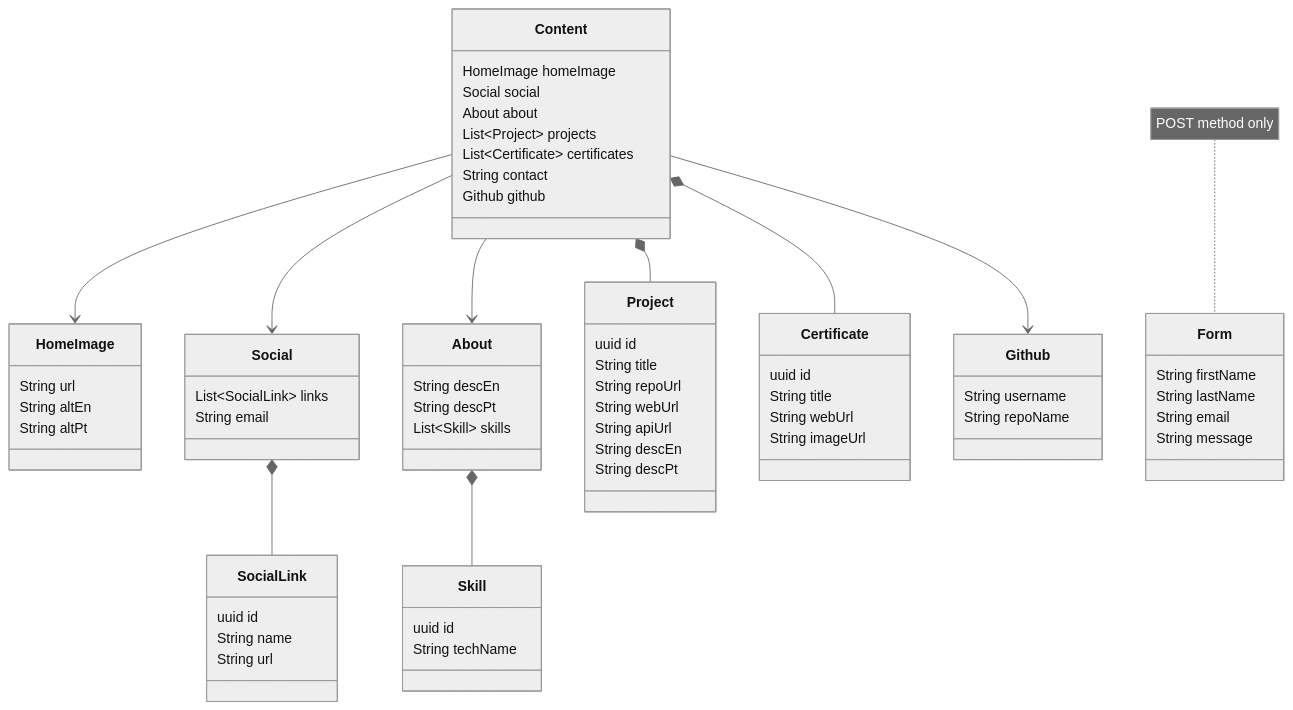
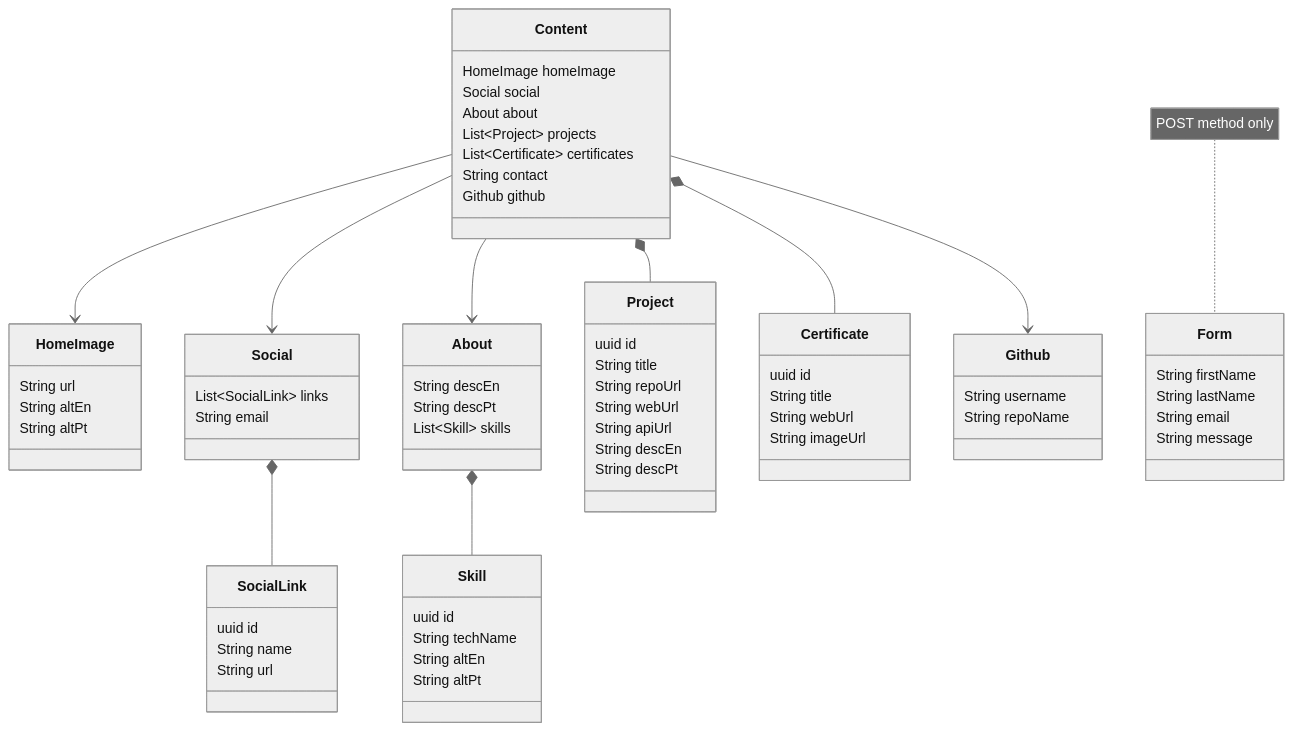
One commit to wesleybritovlk/portfolio changed the diagram in README.md. Above: the diagram before and after it, drawn with Mermaid (neutral theme). The commit also changed other lines of this file and 17 other files, not shown here.

````diff
--- a/README.md
+++ b/README.md
@@ -89,70 +89,72 @@
 ```mermaid
 classDiagram
     Content --> HomeImage
     Content --> Social
     Content --> About
     Content *-- Project
     Content *-- Certificate
     Content --> Github
     Social *-- SocialLink
     About *-- Skill
     class Content {
         HomeImage homeImage
         Social social
         About about
         List~Project~ projects
         List~Certificate~ certificates
         String contact
         Github github
     }
     class HomeImage {
         String url
         String altEn
         String altPt
     }
     class Social {
         List~SocialLink~ links
         String email
     }
     class SocialLink {
         uuid id
         String name
         String url
     }
     class About {
         String descEn
         String descPt
         List~Skill~ skills
     }
     class Skill {
         uuid id
         String techName
+        String altEn
+        String altPt
     }
     class Project {
         uuid id
         String title
         String repoUrl
         String webUrl
         String apiUrl
         String descEn
         String descPt
     }
     class Certificate {
         uuid id
         String title
         String webUrl
         String imageUrl
     }
     class Github {
         String username
         String repoName
     }
 
     note for Form "POST method only"
     class Form {
         String firstName
         String lastName
         String email
         String message
     }
 ```
````
